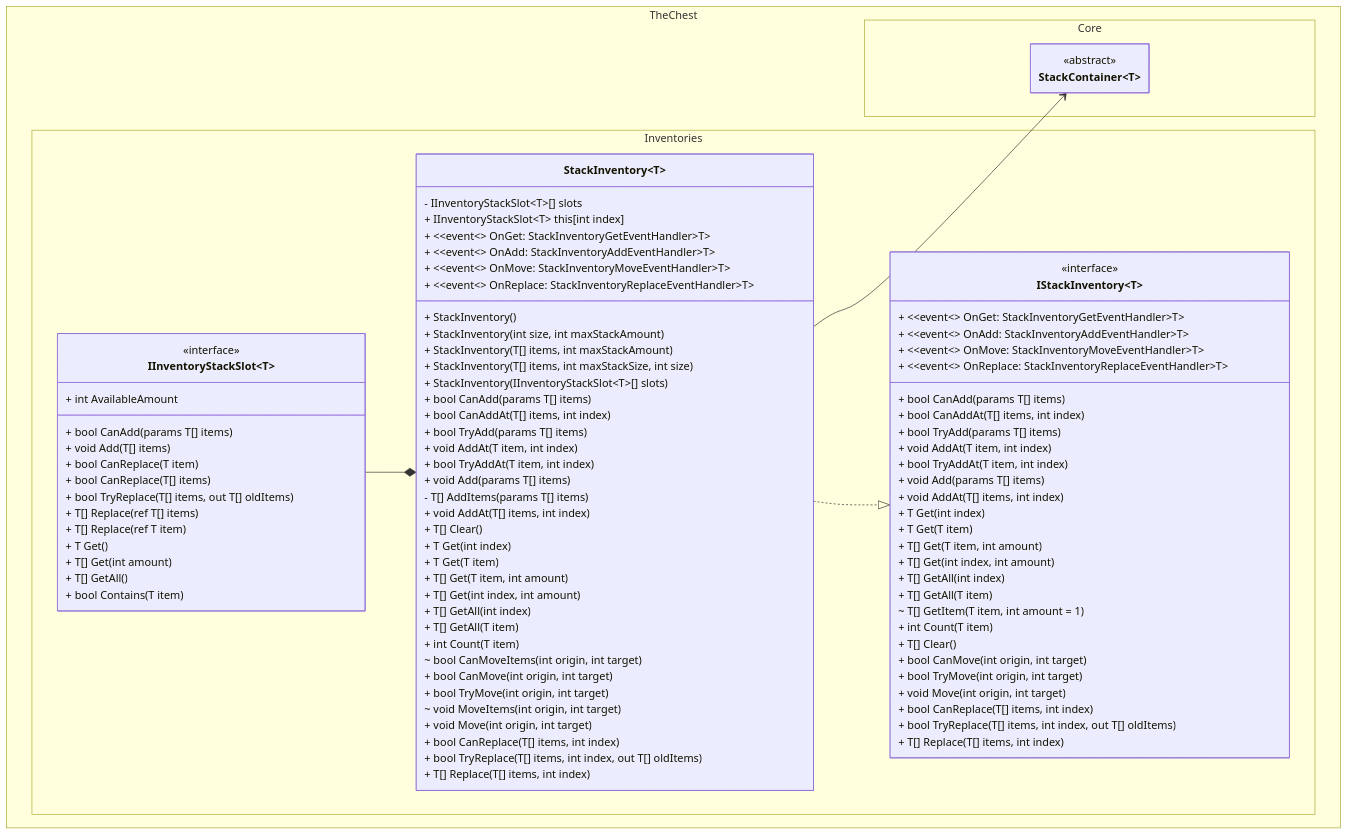
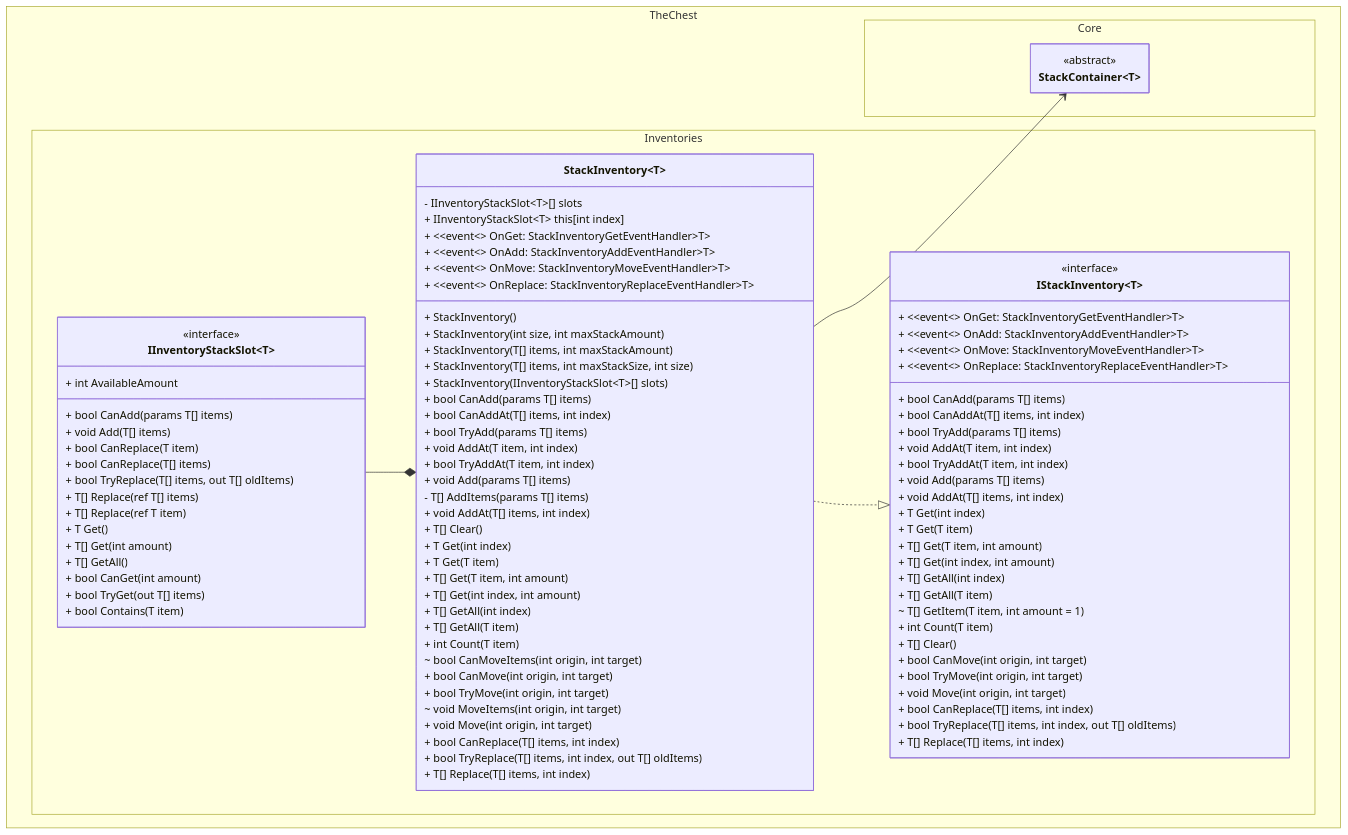
The first of 2 diagrams in docs/stack_inventory/class_diagram.md (The-Chest/TheChest.Inventories), drawn with Mermaid before and after one commit. The commit also changed other lines of this file and 1 other file, not shown here.

```diff
--- a/docs/stack_inventory/class_diagram.md
+++ b/docs/stack_inventory/class_diagram.md
@@ -80,6 +80,8 @@
             + T Get()
             + T[] Get(int amount)
             + T[] GetAll()
+            + bool CanGet(int amount)
+            + bool TryGet(out T[] items)
 
             + bool Contains(T item)
         }
```
